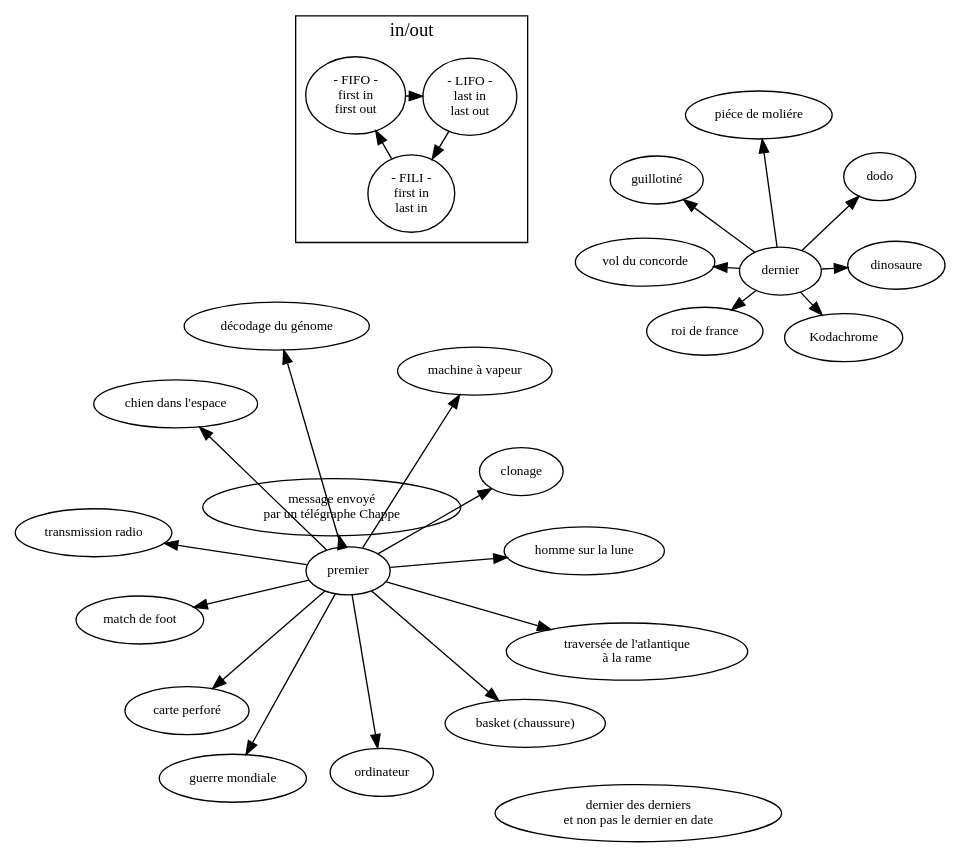
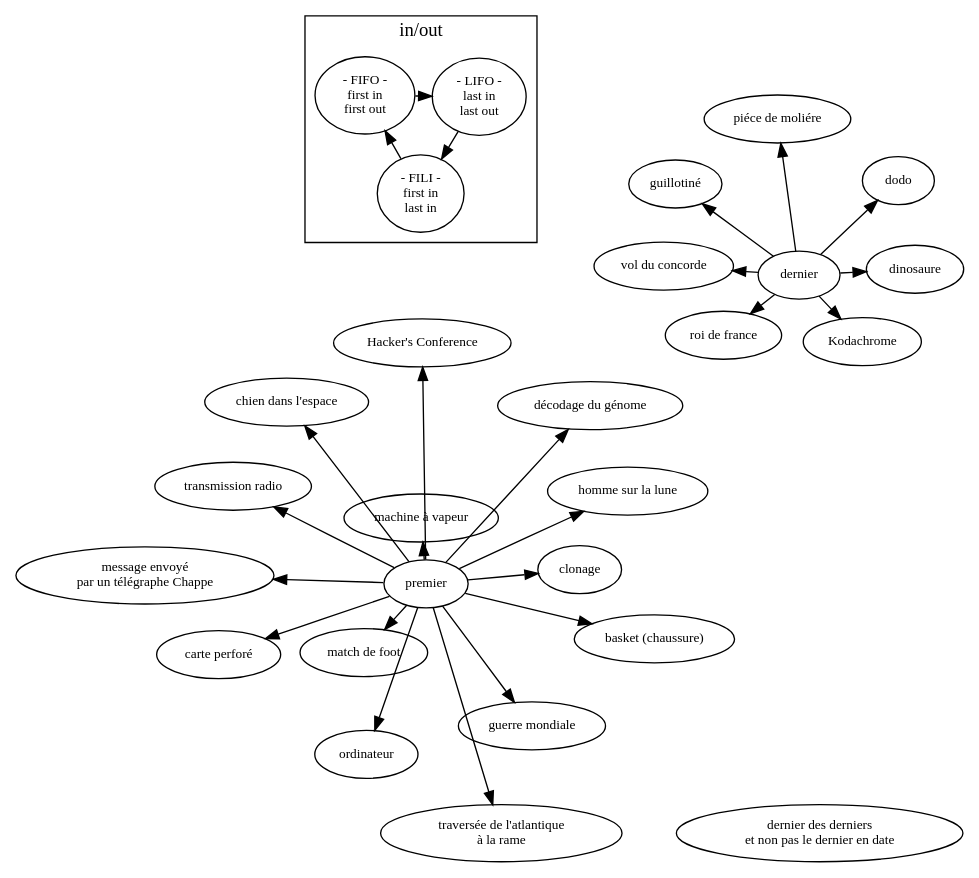
One commit to ensad-nancy/first-last changed the diagram in sujet.dot. Above: the diagram before and after it, drawn with Graphviz.

Commit message:
+	first -> "Hacker's Conference"

```diff
--- a/sujet.dot
+++ b/sujet.dot
@@ -1,52 +1,53 @@
 digraph {
 
 	layout= "fdp"
 	
 
 	fontname="myriadpro"
 	fontsize = 14
 	rankdir="LR"
 	
 	
 	node [fontname="myriadpro", fontsize = 10]
 	edge [fontname="monaco", fontsize = 9]
 	
 	first [label="premier"]
 	last [label="dernier"]
 	
 	"dernier des derniers\n et non pas le dernier en date" 
 
 	first -> "homme sur la lune"
 	first -> "ordinateur"
 	first -> "chien dans l'espace"
 	first -> "machine à vapeur"
 	first -> "message envoyé\npar un télégraphe Chappe"
 	first -> "carte perforé"
 	first -> "basket (chaussure)"
 	first -> "match de foot"
 	first -> "traversée de l'atlantique\nà la rame"
 	first -> "guerre mondiale"
 	first -> "transmission radio"
 	first -> "clonage"
 	first -> "décodage du génome"
+	first -> "Hacker's Conference"
 	
 	last -> dodo
 	last -> "roi de france"
 	last -> "guillotiné"
 	last -> "dinosaure"
 	last -> "piéce de moliére"
 	last -> "vol du concorde"
 	last -> "Kodachrome"
 
 	subgraph cluster_FO{
 	
 		label="in/out"
 		
 		FIFO [label="- FIFO -\nfirst in\nfirst out"]
 		LIFO [label="- LIFO -\nlast in\nlast out"]
 		FILI [label="- FILI -\nfirst in\n last in"]
 
 		FILI -> FIFO -> LIFO -> FILI
 	}
 	
 }
```
